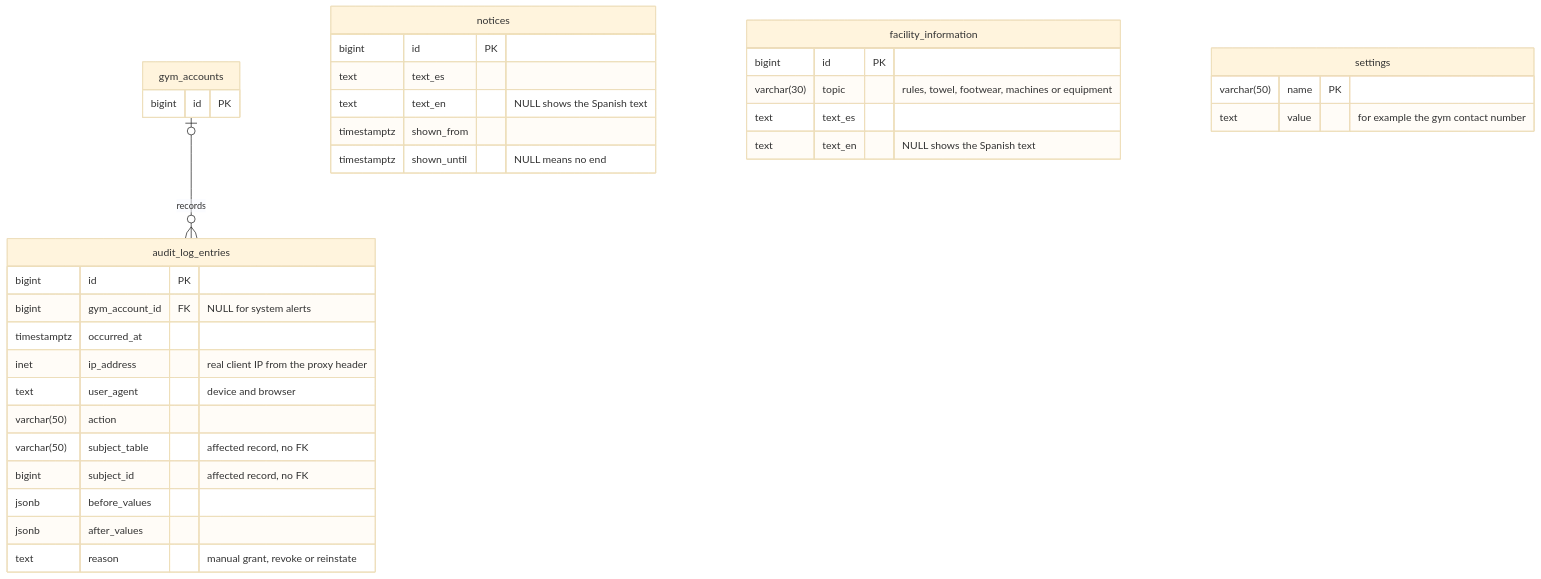
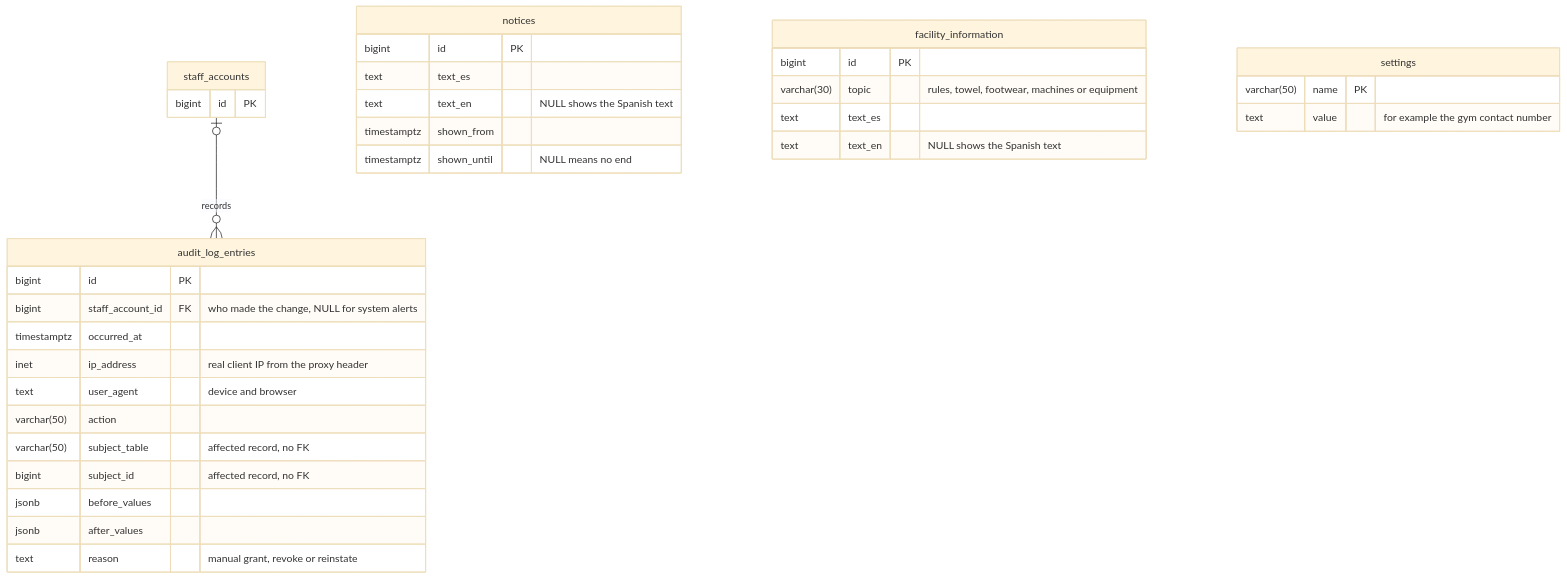
Before and after one commit to Th3-Minorities/natatorio-gym-app: the fourth of 4 diagrams in docs/design/data-model.md, drawn with Mermaid (base theme). The commit also changed other lines of this file, not shown here.

Commit message:
Update the data model for staff accounts, check-out, roster sport and employees

````diff
--- a/docs/design/data-model.md
+++ b/docs/design/data-model.md
@@ -258,38 +262,38 @@
 ```mermaid
 erDiagram
-  gym_accounts |o--o{ audit_log_entries : "records"
+  staff_accounts |o--o{ audit_log_entries : "records"
 
-  gym_accounts {
+  staff_accounts {
     bigint id PK
   }
   audit_log_entries {
     bigint id PK
-    bigint gym_account_id FK "NULL for system alerts"
+    bigint staff_account_id FK "who made the change, NULL for system alerts"
     timestamptz occurred_at
     inet ip_address "real client IP from the proxy header"
     text user_agent "device and browser"
     varchar(50) action
     varchar(50) subject_table "affected record, no FK"
     bigint subject_id "affected record, no FK"
     jsonb before_values
     jsonb after_values
     text reason "manual grant, revoke or reinstate"
   }
   notices {
     bigint id PK
     text text_es
     text text_en "NULL shows the Spanish text"
     timestamptz shown_from
     timestamptz shown_until "NULL means no end"
   }
   facility_information {
     bigint id PK
     varchar(30) topic "rules, towel, footwear, machines or equipment"
     text text_es
     text text_en "NULL shows the Spanish text"
   }
   settings {
     varchar(50) name PK
     text value "for example the gym contact number"
   }
 ```
````
